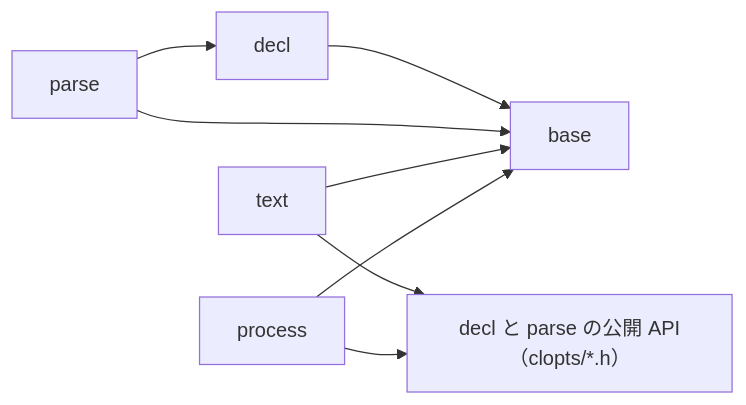
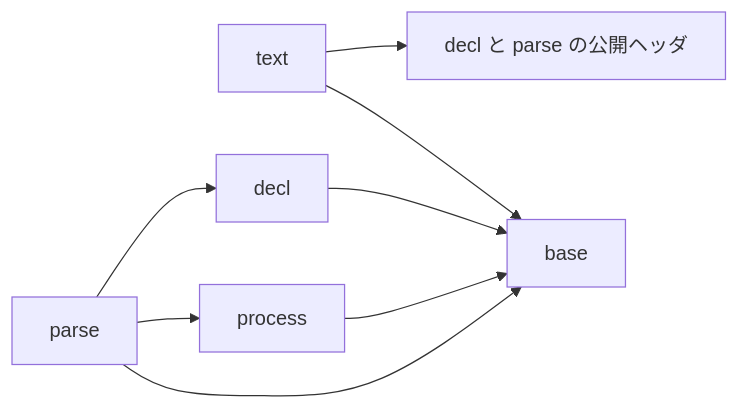
The diagram in TODO.md (ktdevx/clopts-private), drawn with Mermaid before and after one commit. The commit also changed other lines of this file and 3 other files, not shown here.

````diff
--- a/TODO.md
+++ b/TODO.md
@@ -27,10 +13,10 @@
 ```mermaid
 flowchart LR
-    text --> public["decl と parse の公開 API（clopts/*.h）"]
-    process --> public
+    text --> public["decl と parse の公開ヘッダ"]
+    text --> base
     parse --> decl
+    parse --> process
+    parse --> base
     decl --> base
-    parse --> base
-    text --> base
     process --> base
 ```
````
